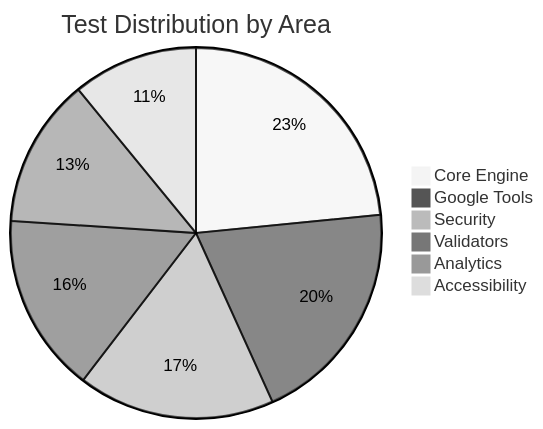
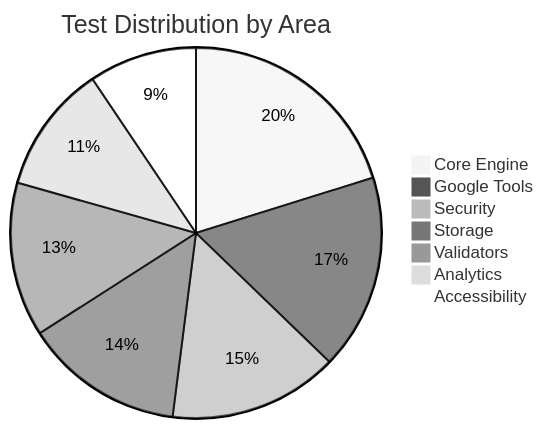
One commit to sarang-sketch/carbon-foot-print-awarness changed the fifth of 5 diagrams in README.md. Above: the diagram before and after it, drawn with Mermaid (neutral theme). The commit also changed other lines of this file and 6 other files, not shown here.

````diff
--- a/README.md
+++ b/README.md
@@ -489,9 +492,10 @@
 ```mermaid
 pie title Test Distribution by Area
     "Core Engine" : 45
     "Google Tools" : 38
     "Security" : 33
+    "Storage" : 31
     "Validators" : 30
     "Analytics" : 25
     "Accessibility" : 21
 ```
````
